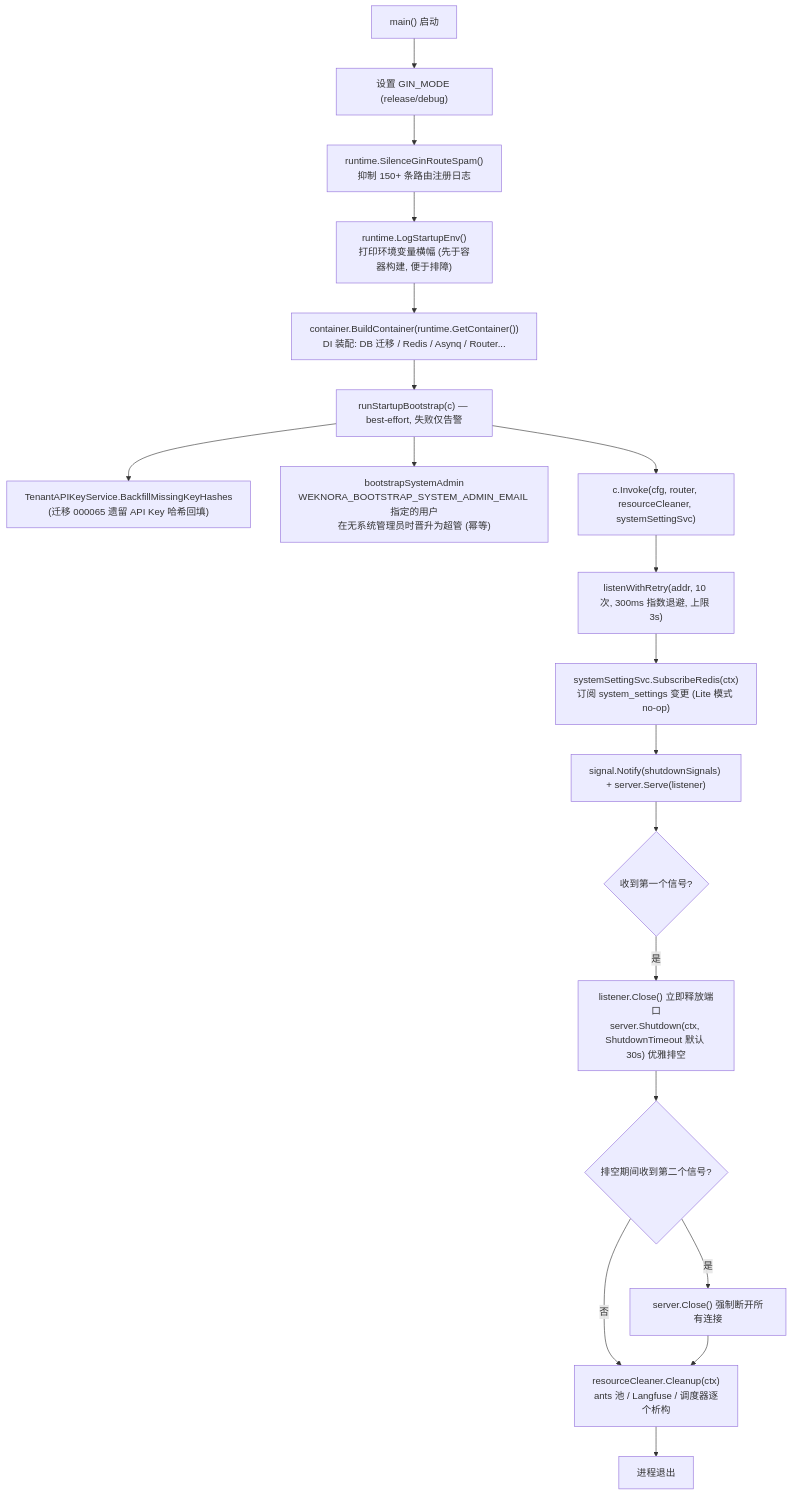
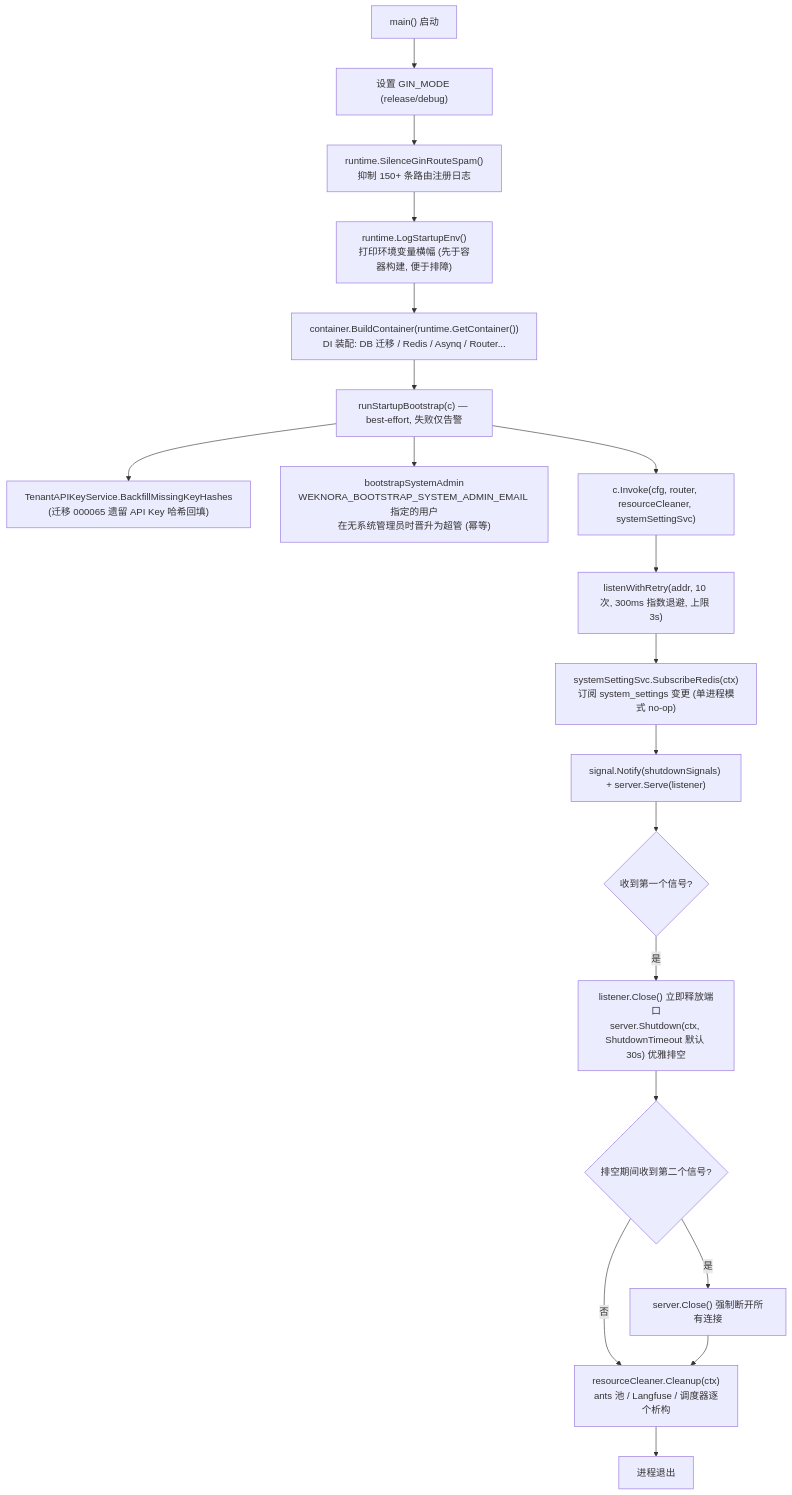
One commit to qinlei131479/WeKnora changed the second of 3 diagrams in apps/docs/02-architecture/02-backend-design.md. Above: the diagram before and after it, drawn with Mermaid. The commit also changed other lines of this file and 66 other files, not shown here.

````diff
--- a/apps/docs/02-architecture/02-backend-design.md
+++ b/apps/docs/02-architecture/02-backend-design.md
@@ -107,21 +107,21 @@
 ```mermaid
 flowchart TD
     A["main() 启动"] --> B["设置 GIN_MODE (release/debug)"]
     B --> C["runtime.SilenceGinRouteSpam()<br/>抑制 150+ 条路由注册日志"]
     C --> D["runtime.LogStartupEnv()<br/>打印环境变量横幅 (先于容器构建, 便于排障)"]
     D --> E["container.BuildContainer(runtime.GetContainer())<br/>DI 装配: DB 迁移 / Redis / Asynq / Router..."]
     E --> F["runStartupBootstrap(c) — best-effort, 失败仅告警"]
     F --> F1["TenantAPIKeyService.BackfillMissingKeyHashes<br/>(迁移 000065 遗留 API Key 哈希回填)"]
     F --> F2["bootstrapSystemAdmin<br/>WEKNORA_BOOTSTRAP_SYSTEM_ADMIN_EMAIL 指定的用户<br/>在无系统管理员时晋升为超管 (幂等)"]
     F --> G["c.Invoke(cfg, router, resourceCleaner, systemSettingSvc)"]
     G --> H["listenWithRetry(addr, 10 次, 300ms 指数退避, 上限 3s)"]
-    H --> I["systemSettingSvc.SubscribeRedis(ctx)<br/>订阅 system_settings 变更 (Lite 模式 no-op)"]
+    H --> I["systemSettingSvc.SubscribeRedis(ctx)<br/>订阅 system_settings 变更 (单进程模式 no-op)"]
     I --> J["signal.Notify(shutdownSignals) + server.Serve(listener)"]
     J --> K{"收到第一个信号?"}
     K -->|是| L["listener.Close() 立即释放端口<br/>server.Shutdown(ctx, ShutdownTimeout 默认 30s) 优雅排空"]
     L --> M{"排空期间收到第二个信号?"}
     M -->|是| N["server.Close() 强制断开所有连接"]
     M -->|否| O["resourceCleaner.Cleanup(ctx)<br/>ants 池 / Langfuse / 调度器逐个析构"]
     N --> O
     O --> P["进程退出"]
 ```
````
